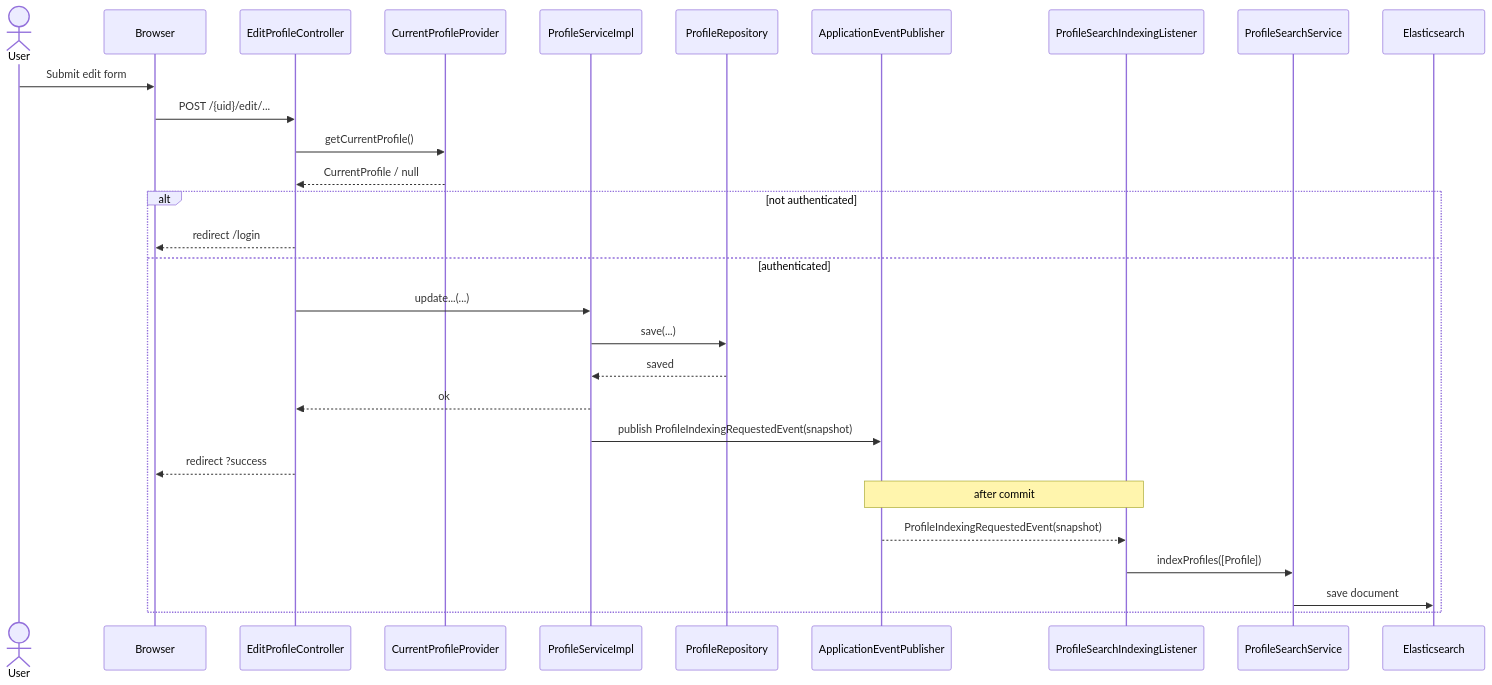
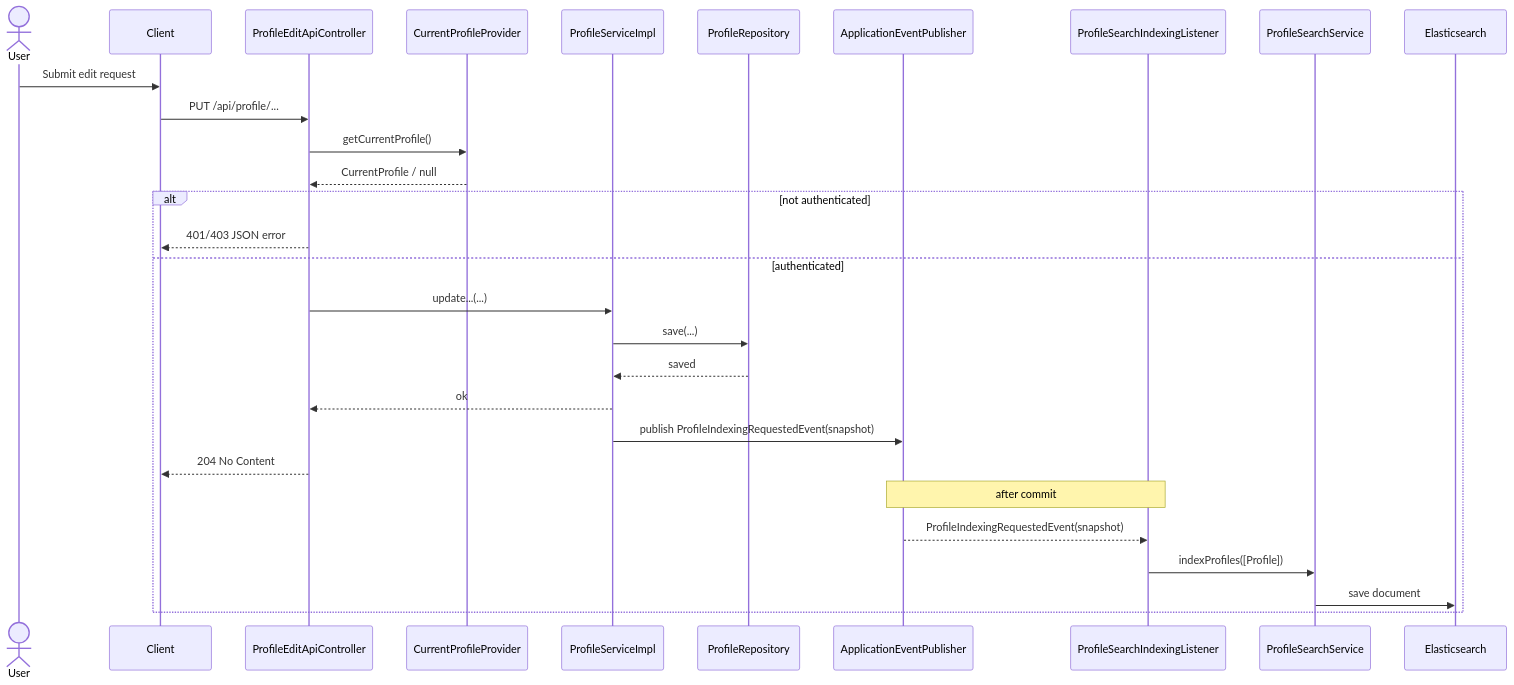
The first of 6 diagrams in ARCHITECTURE.md (olekraua/resume), drawn with Mermaid before and after one commit. The commit also changed other lines of this file and 5 other files, not shown here.

````diff
--- a/ARCHITECTURE.md
+++ b/ARCHITECTURE.md
@@ -24,32 +25,32 @@
 ```mermaid
 sequenceDiagram
     actor User
-    participant Browser
-    participant Ctrl as EditProfileController
+    participant Client
+    participant Ctrl as ProfileEditApiController
     participant Auth as CurrentProfileProvider
     participant ProfileSvc as ProfileServiceImpl
     participant Repo as ProfileRepository
     participant Events as ApplicationEventPublisher
     participant Indexer as ProfileSearchIndexingListener
     participant SearchSvc as ProfileSearchService
     participant ES as Elasticsearch
 
-    User->>Browser: Submit edit form
-    Browser->>Ctrl: POST /{uid}/edit/...
+    User->>Client: Submit edit request
+    Client->>Ctrl: PUT /api/profile/...
     Ctrl->>Auth: getCurrentProfile()
     Auth-->>Ctrl: CurrentProfile / null
     alt not authenticated
-        Ctrl-->>Browser: redirect /login
+        Ctrl-->>Client: 401/403 JSON error
     else authenticated
         Ctrl->>ProfileSvc: update...(...)
         ProfileSvc->>Repo: save(...)
         Repo-->>ProfileSvc: saved
         ProfileSvc-->>Ctrl: ok
         ProfileSvc->>Events: publish ProfileIndexingRequestedEvent(snapshot)
-        Ctrl-->>Browser: redirect ?success
+        Ctrl-->>Client: 204 No Content
         Note over Events,Indexer: after commit
         Events-->>Indexer: ProfileIndexingRequestedEvent(snapshot)
         Indexer->>SearchSvc: indexProfiles([Profile])
         SearchSvc->>ES: save document
     end
 ```
````
